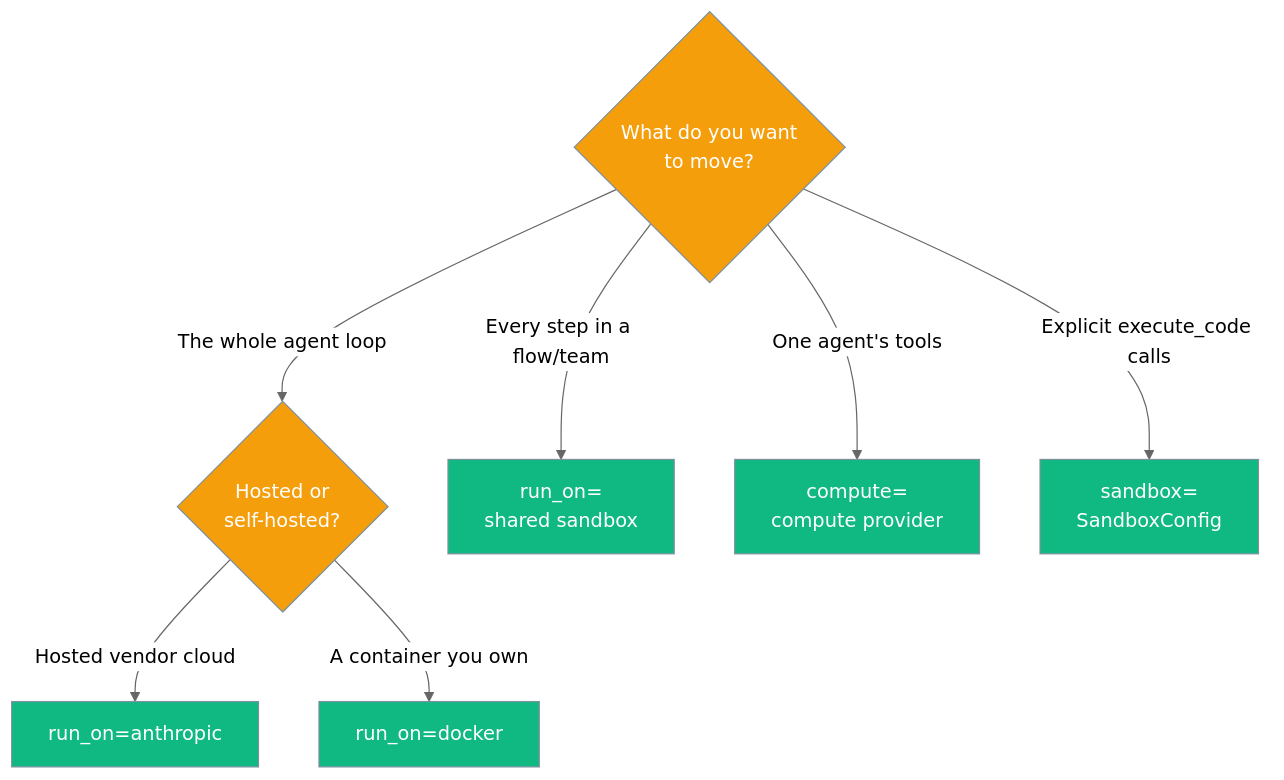
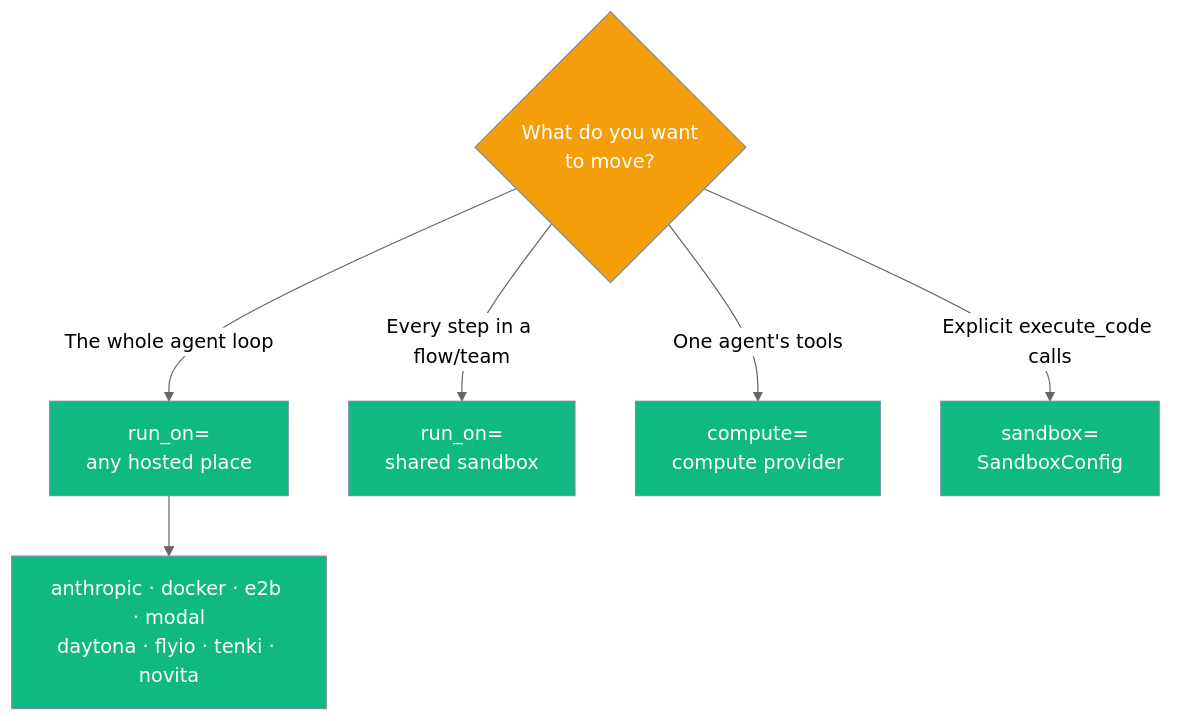
Before and after one commit to MervinPraison/PraisonAIDocs: the third of 3 diagrams in docs/features/placement.mdx, drawn with Mermaid (neutral theme). The commit also changed other lines of this file and 8 other files, not shown here.

Commit message:
docs: update placement for run_on= 8 places, compute provider plugins, Modal fixes (fixes #3059)

````diff
--- a/docs/features/placement.mdx
+++ b/docs/features/placement.mdx
@@ -111,16 +111,15 @@
 ```mermaid
 graph TB
     Q{What do you want<br/>to move?}
-    Q -->|The whole agent loop| R{Hosted or<br/>self-hosted?}
-    R -->|Hosted vendor cloud| RA[run_on=anthropic]
-    R -->|A container you own| RD[run_on=docker]
+    Q -->|The whole agent loop| R[run_on=<br/>any hosted place]
+    R --> RT[anthropic · docker · e2b · modal<br/>daytona · flyio · tenki · novita]
     Q -->|Every step in a flow/team| A[run_on=<br/>shared sandbox]
     Q -->|One agent's tools| B[compute=<br/>compute provider]
     Q -->|Explicit execute_code calls| C[sandbox=<br/>SandboxConfig]
 
     classDef question fill:#F59E0B,stroke:#7C90A0,color:#fff
     classDef answer fill:#10B981,stroke:#7C90A0,color:#fff
 
-    class Q,R question
-    class A,B,C,RA,RD answer
+    class Q question
+    class A,B,C,R,RT answer
 ```
````
